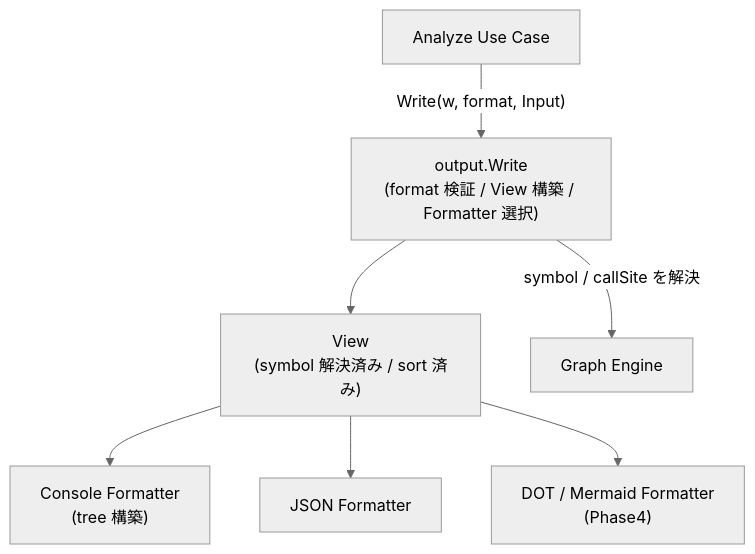
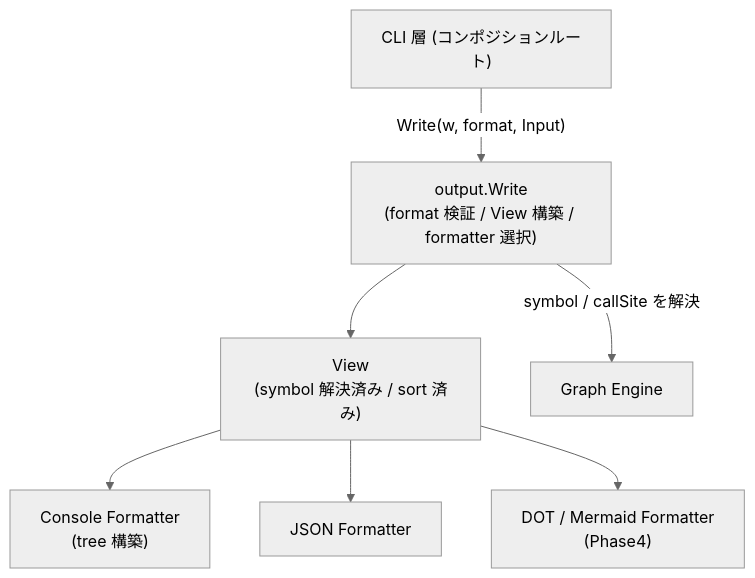
One commit to Fukuemon/depwalk changed the diagram in design/features/output/DesignDoc_output.md. Above: the diagram before and after it, drawn with Mermaid (neutral theme). The commit also changed other lines of this file and 2 other files, not shown here.

````diff
--- a/design/features/output/DesignDoc_output.md
+++ b/design/features/output/DesignDoc_output.md
@@ -287,9 +288,9 @@
 ```mermaid
 flowchart TD
-    UseCase["Analyze Use Case"] -->|"Write(w, format, Input)"| Write["output.Write<br/>(format 検証 / View 構築 / Formatter 選択)"]
+    CLI["CLI 層 (コンポジションルート)"] -->|"Write(w, format, Input)"| Write["output.Write<br/>(format 検証 / View 構築 / formatter 選択)"]
     Write --> View["View<br/>(symbol 解決済み / sort 済み)"]
     View --> Console["Console Formatter<br/>(tree 構築)"]
     View --> JSON["JSON Formatter"]
     View --> DOT["DOT / Mermaid Formatter<br/>(Phase4)"]
     Write -->|"symbol / callSite を解決"| Graph["Graph Engine"]
 ```
````
